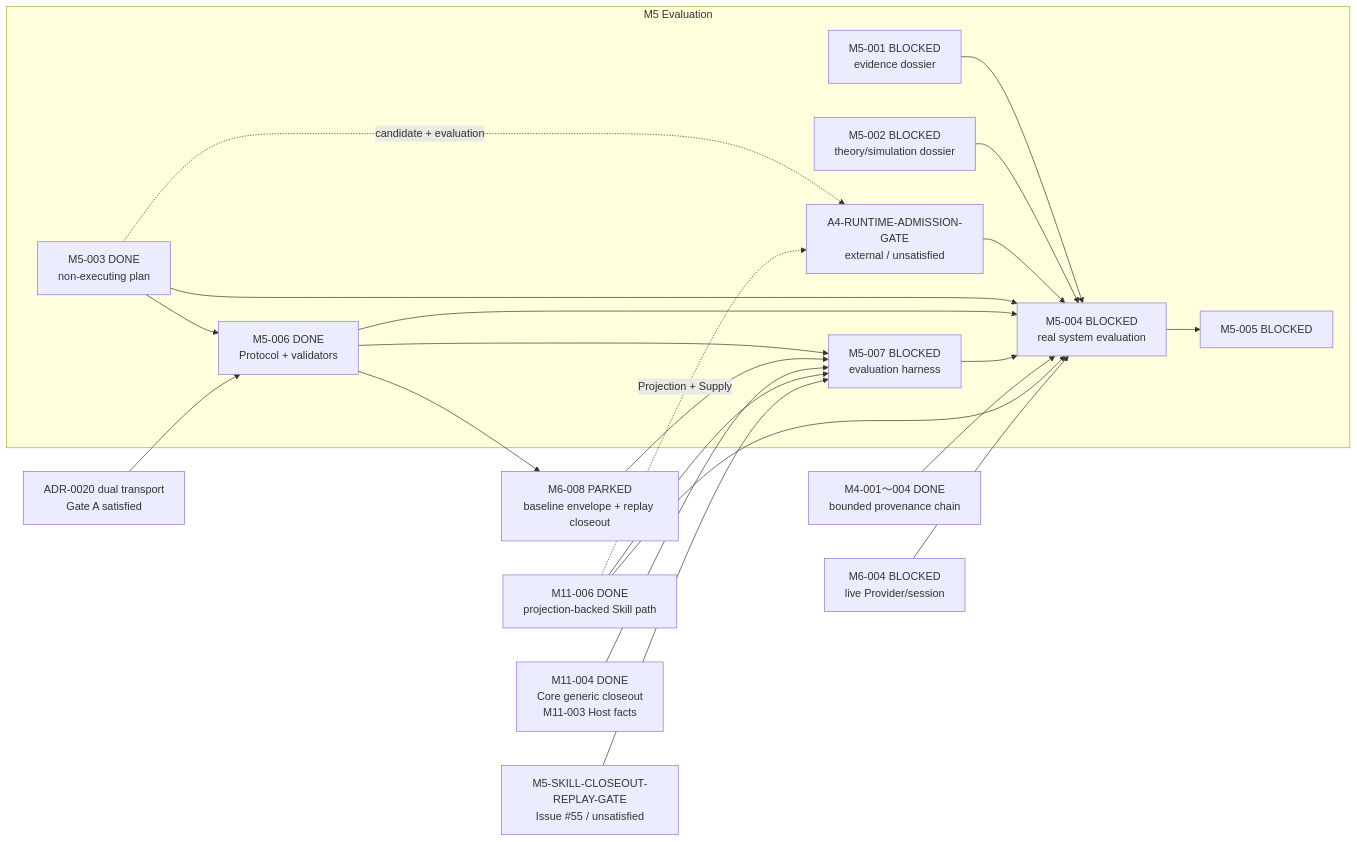
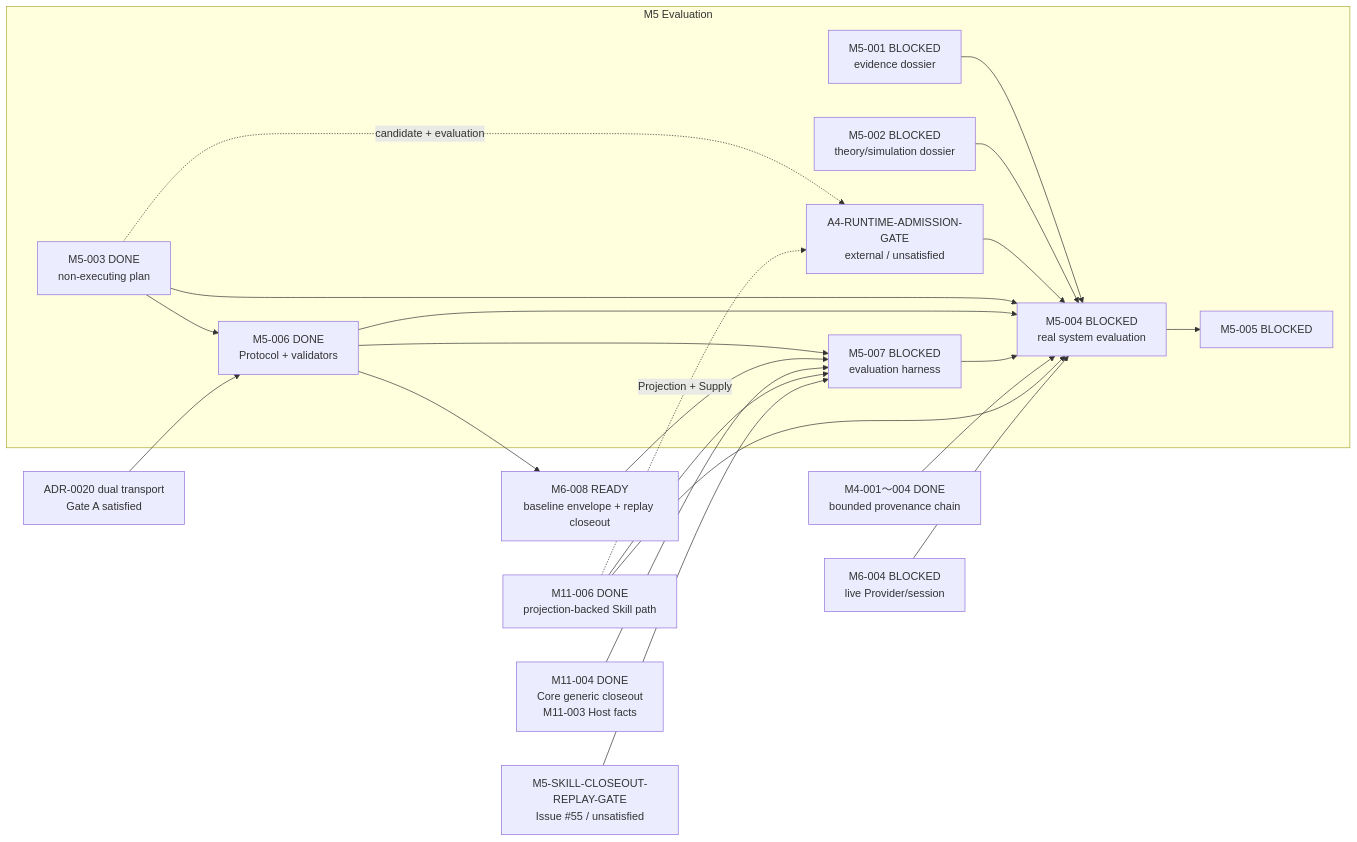
One commit to Chengyue-Lu/research-agent-workbench changed the third of 5 diagrams in docs/M_SERIES_IMPLEMENTATION_MAP.md. Above: the diagram before and after it, drawn with Mermaid. The commit also changed other lines of this file and 20 other files, not shown here.

Commit message:
feat: implement M6-008 frozen baseline execution and file replay

````diff
--- a/docs/M_SERIES_IMPLEMENTATION_MAP.md
+++ b/docs/M_SERIES_IMPLEMENTATION_MAP.md
@@ -99,26 +99,26 @@
 ```mermaid
 flowchart LR
     subgraph M5["M5 Evaluation"]
         M5001["M5-001 BLOCKED<br/>evidence dossier"] --> M5004["M5-004 BLOCKED<br/>real system evaluation"]
         M5002["M5-002 BLOCKED<br/>theory/simulation dossier"] --> M5004
         M5003["M5-003 DONE<br/>non-executing plan"] --> M5006["M5-006 DONE<br/>Protocol + validators"]
         M5006 --> M5007["M5-007 BLOCKED<br/>evaluation harness"]
         M5003 -. "candidate + evaluation" .-> A4G["A4-RUNTIME-ADMISSION-GATE<br/>external / unsatisfied"]
         A4G --> M5004
         M5003 --> M5004
         M5006 --> M5004
         M5007 --> M5004
         M5004 --> M5005["M5-005 BLOCKED"]
     end
 
     M4Done["M4-001～004 DONE<br/>bounded provenance chain"] --> M5004
     BTG["ADR-0020 dual transport<br/>Gate A satisfied"] --> M5006
-    M5006 --> M6008["M6-008 PARKED<br/>baseline envelope + replay closeout"]
+    M5006 --> M6008["M6-008 READY<br/>baseline envelope + replay closeout"]
     M6008 --> M5007
     M1104["M11-004 DONE<br/>Core generic closeout<br/>M11-003 Host facts"] --> M5007
     M1106["M11-006 DONE<br/>projection-backed Skill path"] --> M5007
     SCG["M5-SKILL-CLOSEOUT-REPLAY-GATE<br/>Issue #55 / unsatisfied"] --> M5007
     M1106 -. "Projection + Supply" .-> A4G
     M1106 --> M5004
     M6004["M6-004 BLOCKED<br/>live Provider/session"] --> M5004
 ```
````
